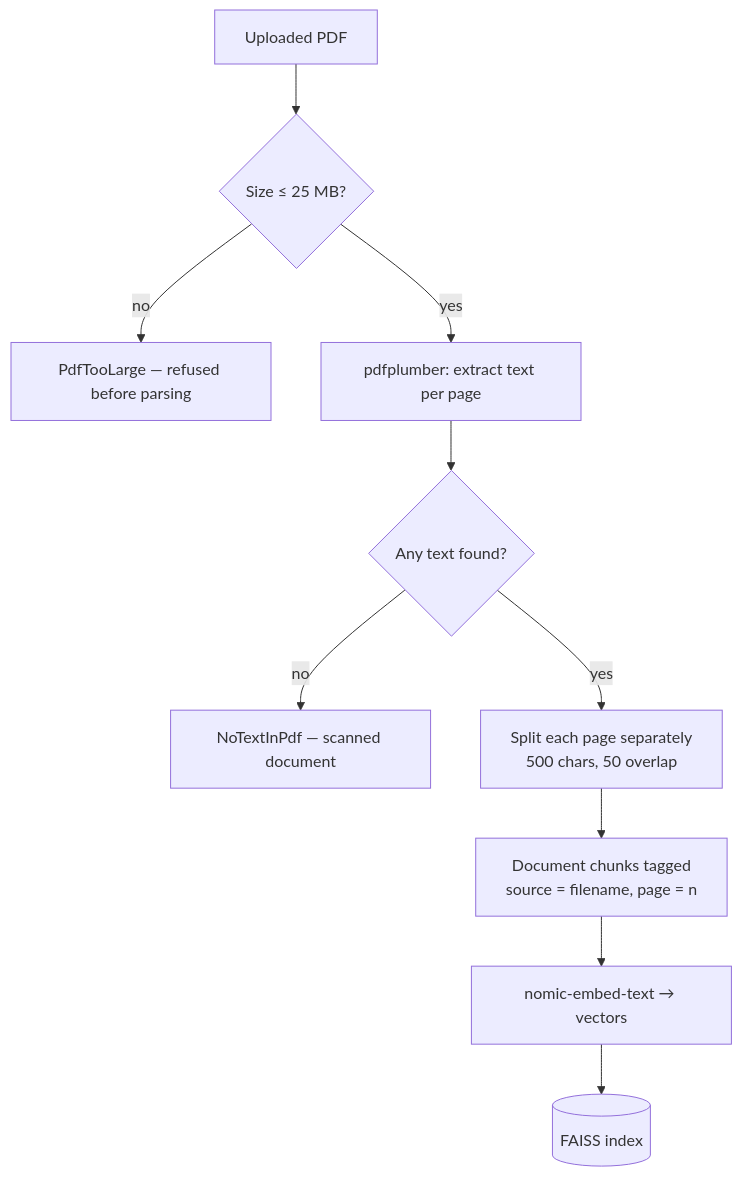
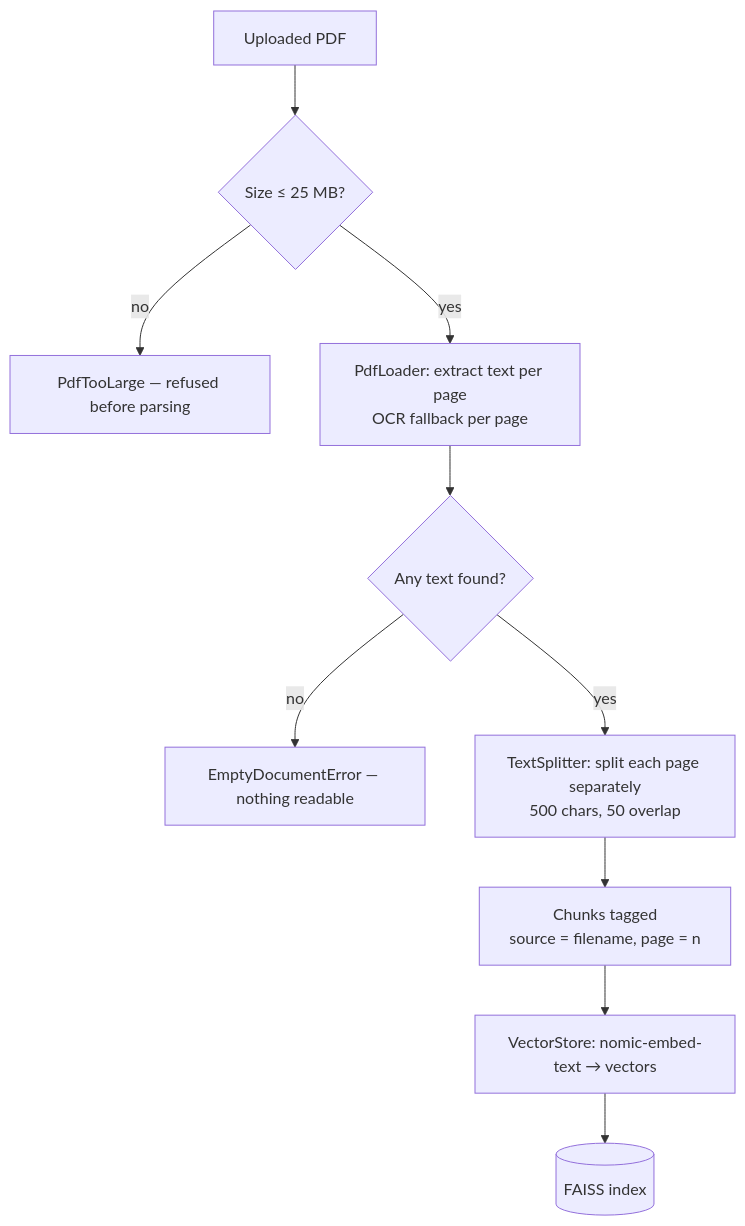
Before and after one commit to fdavchev/DocuMind-AI: the second of 5 diagrams in docs/architecture.md, drawn with Mermaid. The commit also changed other lines of this file and 20 other files, not shown here.

Commit message:
Strip app.py to UI only, deleting pdf_handler.py, vector_store.py and rag_chain.py

````diff
--- a/docs/architecture.md
+++ b/docs/architecture.md
@@ -81,12 +88,12 @@
 ```mermaid
 graph TD
     A[Uploaded PDF] --> B{Size ≤ 25 MB?}
     B -- no --> X[PdfTooLarge — refused before parsing]
-    B -- yes --> C[pdfplumber: extract text per page]
+    B -- yes --> C[PdfLoader: extract text per page<br/>OCR fallback per page]
     C --> D{Any text found?}
-    D -- no --> Y[NoTextInPdf — scanned document]
-    D -- yes --> E[Split each page separately<br/>500 chars, 50 overlap]
-    E --> F[Document chunks tagged<br/>source = filename, page = n]
-    F --> G[nomic-embed-text → vectors]
+    D -- no --> Y[EmptyDocumentError — nothing readable]
+    D -- yes --> E[TextSplitter: split each page separately<br/>500 chars, 50 overlap]
+    E --> F[Chunks tagged<br/>source = filename, page = n]
+    F --> G[VectorStore: nomic-embed-text → vectors]
     G --> H[(FAISS index)]
 ```
````
